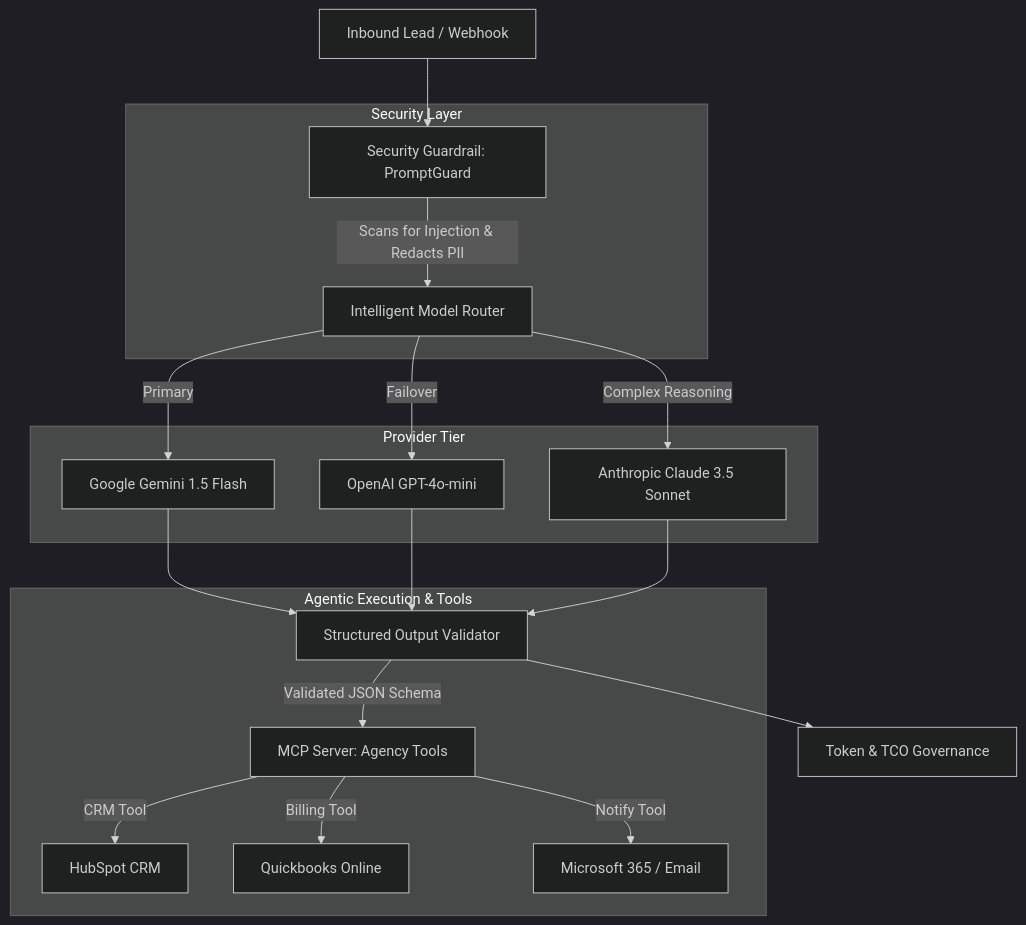
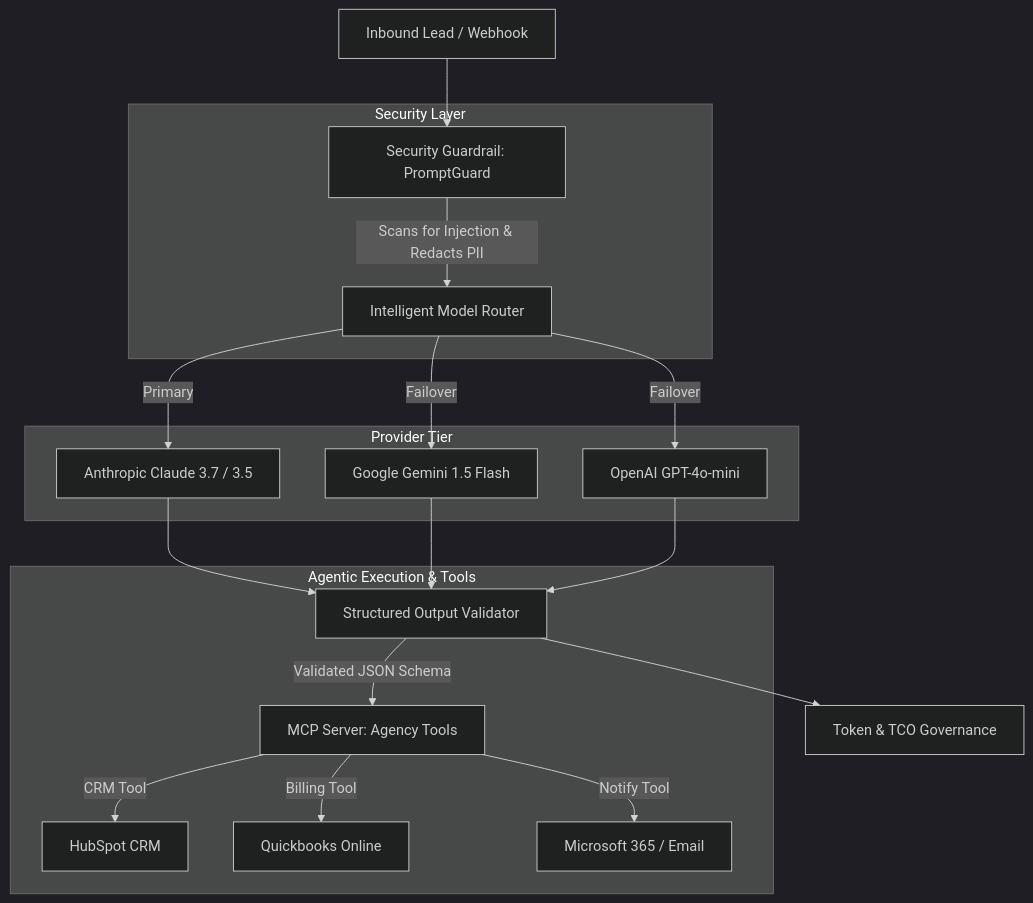
One commit to amandahervol-alt/agency-ai-integrator-suite changed the diagram in README.md. Above: the diagram before and after it, drawn with Mermaid (dark theme). The commit also changed other lines of this file and 8 other files, not shown here.

````diff
--- a/README.md
+++ b/README.md
@@ -28,27 +29,27 @@
 ```mermaid
 flowchart TD
     InboundPayload[Inbound Lead / Webhook] --> Guard[Security Guardrail: PromptGuard]
     
     subgraph Security Layer
         Guard -->|Scans for Injection & Redacts PII| Router[Intelligent Model Router]
     end
     
     subgraph Provider Tier
-        Router -->|Primary| Gemini[Google Gemini 1.5 Flash]
+        Router -->|Primary| Claude[Anthropic Claude 3.7 / 3.5]
+        Router -->|Failover| Gemini[Google Gemini 1.5 Flash]
         Router -->|Failover| OpenAI[OpenAI GPT-4o-mini]
-        Router -->|Complex Reasoning| Claude[Anthropic Claude 3.5 Sonnet]
     end
 
-    Gemini --> Validator[Structured Output Validator]
+    Claude --> Validator[Structured Output Validator]
+    Gemini --> Validator
     OpenAI --> Validator
-    Claude --> Validator
     
     subgraph Agentic Execution & Tools
         Validator -->|Validated JSON Schema| MCPServer[MCP Server: Agency Tools]
         MCPServer -->|CRM Tool| HubSpot[HubSpot CRM]
         MCPServer -->|Billing Tool| Quickbooks[Quickbooks Online]
         MCPServer -->|Notify Tool| M365[Microsoft 365 / Email]
     end
     
     Validator --> CostTracker[Token & TCO Governance]
 ```
````
